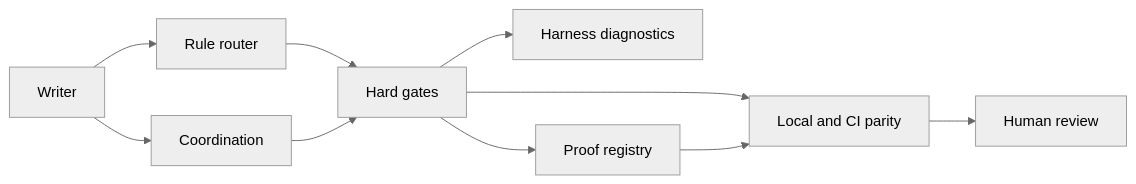
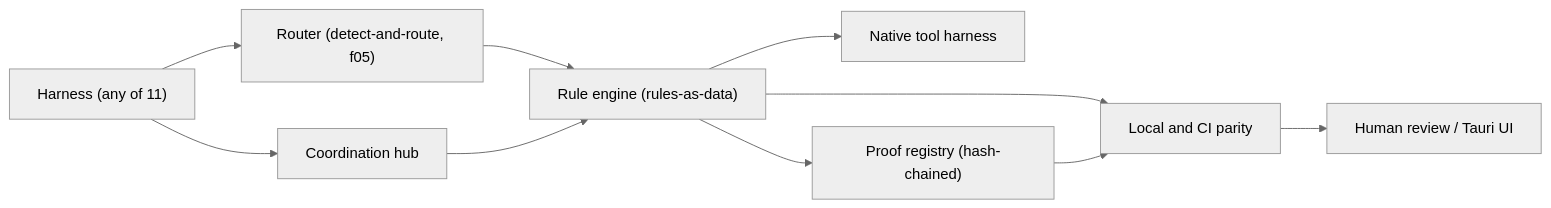
One commit to ocentra/ocentra-enforcer changed the first of 2 diagrams in README.md. Above: the diagram before and after it, drawn with Mermaid (neutral theme). The commit also changed other lines of this file and 28 other files, not shown here.

````diff
--- a/README.md
+++ b/README.md
@@ -21,20 +54,20 @@
 ```mermaid
 flowchart LR
-  A["Writer"]
-  B["Rule router"]
-  C["Hard gates"]
-  D["Harness diagnostics"]
-  E["Proof registry"]
-  F["Coordination"]
+  A["Harness (any of 11)"]
+  B["Router (detect-and-route, f05)"]
+  C["Rule engine (rules-as-data)"]
+  D["Native tool harness"]
+  E["Proof registry (hash-chained)"]
+  F["Coordination hub"]
   G["Local and CI parity"]
-  H["Human review"]
+  H["Human review / Tauri UI"]
   A --> B
   B --> C
   C --> D
   C --> E
   A --> F
   F --> C
   C --> G
   E --> G
   G --> H
 ```
````
